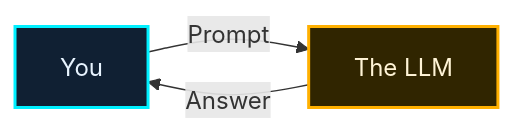
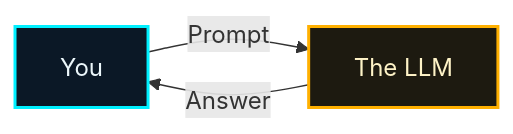
One commit to theomonfort/Github-copilot-workshop changed the first of 2 diagrams in src/content/playbook/en/harness-engineering.md. Above: the diagram before and after it, drawn with Mermaid. The commit also changed other lines of this file and 86 other files, not shown here.

````diff
--- a/src/content/playbook/en/harness-engineering.md
+++ b/src/content/playbook/en/harness-engineering.md
@@ -61,10 +61,10 @@
 ```mermaid
 flowchart LR
   You[You] -->|Prompt| LLM[The LLM]
   LLM -->|Answer| You
 
-  classDef human fill:#102033,stroke:#00f0ff,color:#e8f4ff,stroke-width:2px;
-  classDef llm fill:#302500,stroke:#ffb000,color:#fff4d6,stroke-width:2px;
+  classDef human fill:#0b1826,stroke:#00f0ff,color:#ecf7fb,stroke-width:2px;
+  classDef llm fill:#1d1a10,stroke:#ffb000,color:#fef3c7,stroke-width:2px;
   class You human;
   class LLM llm;
 ```
````
